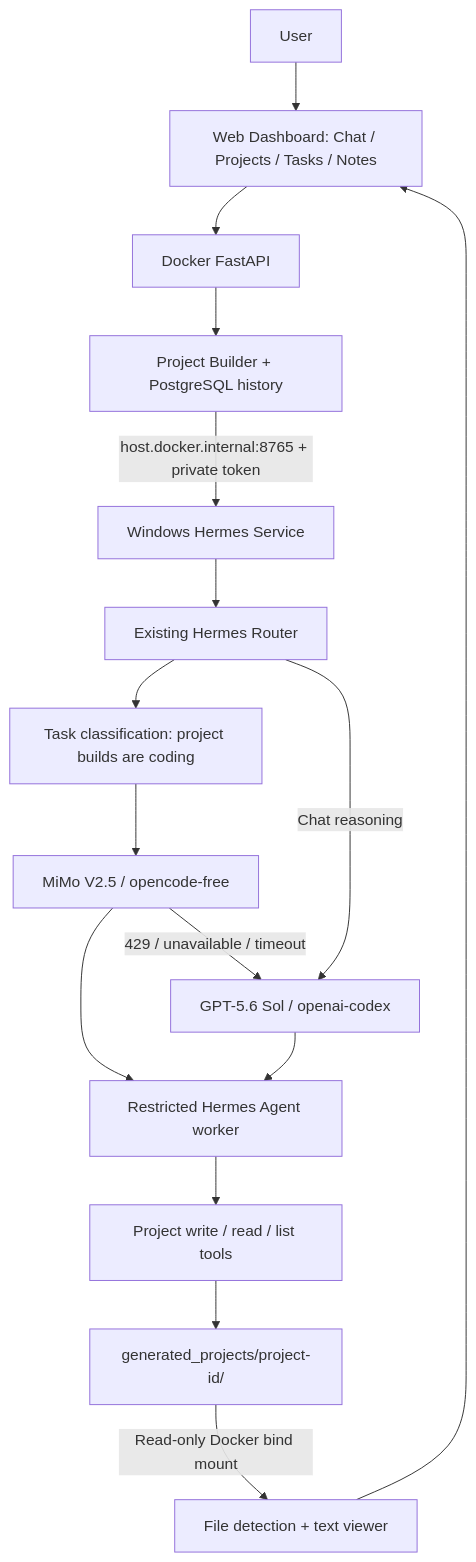
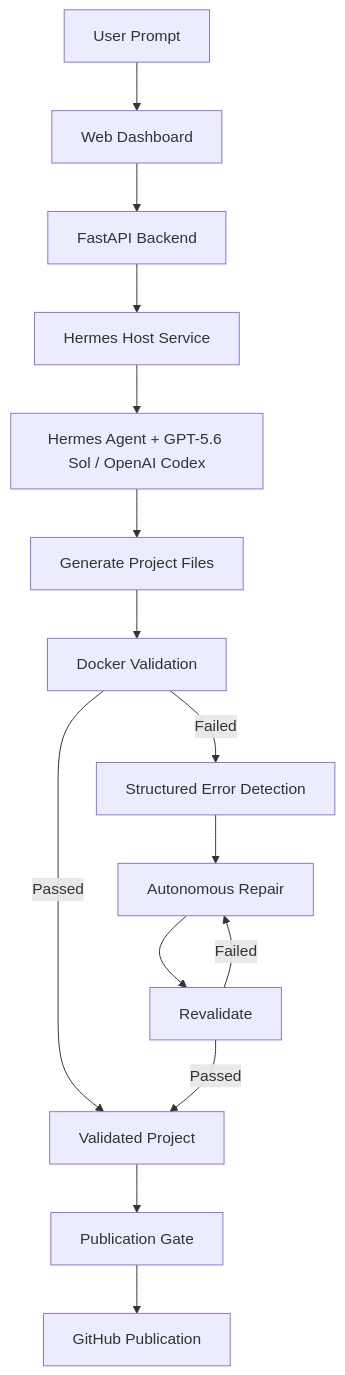
Before and after one commit to m7mdjehni/ai-2027: the first of 2 diagrams in README.md, drawn with Mermaid. The commit also changed other lines of this file, not shown here.

Commit message:
Improve final project README

````diff
--- a/README.md
+++ b/README.md
@@ -10,18 +39,22 @@
 ```mermaid
 flowchart TD
-    U[User] --> W[Web Dashboard: Chat / Projects / Tasks / Notes]
-    W --> F[Docker FastAPI]
-    F --> P[Project Builder + PostgreSQL history]
-    P -->|host.docker.internal:8765 + private token| H[Windows Hermes Service]
-    H --> R[Existing Hermes Router]
-    R --> C[Task classification: project builds are coding]
-    C --> M[MiMo V2.5 / opencode-free]
-    M -->|429 / unavailable / timeout| G[GPT-5.6 Sol / openai-codex]
-    M --> A[Restricted Hermes Agent worker]
-    G --> A
-    A --> T[Project write / read / list tools]
-    T --> D[generated_projects/project-id/]
-    D -->|Read-only Docker bind mount| V[File detection + text viewer]
-    V --> W
-    R -->|Chat reasoning| G
+    U[User Prompt] --> UI[Web Dashboard]
+    UI --> API[FastAPI Backend]
+    API --> H[Hermes Host Service]
+    H --> AI[Hermes Agent + GPT-5.6 Sol / OpenAI Codex]
+
+    AI --> G[Generate Project Files]
+    G --> V[Docker Validation]
+
+    V -->|Passed| S[Validated Project]
+    V -->|Failed| E[Structured Error Detection]
+
+    E --> R[Autonomous Repair]
+    R --> V2[Revalidate]
+
+    V2 -->|Failed| R
+    V2 -->|Passed| S
+
+    S --> P[Publication Gate]
+    P --> GH[GitHub Publication]
 ```
````
